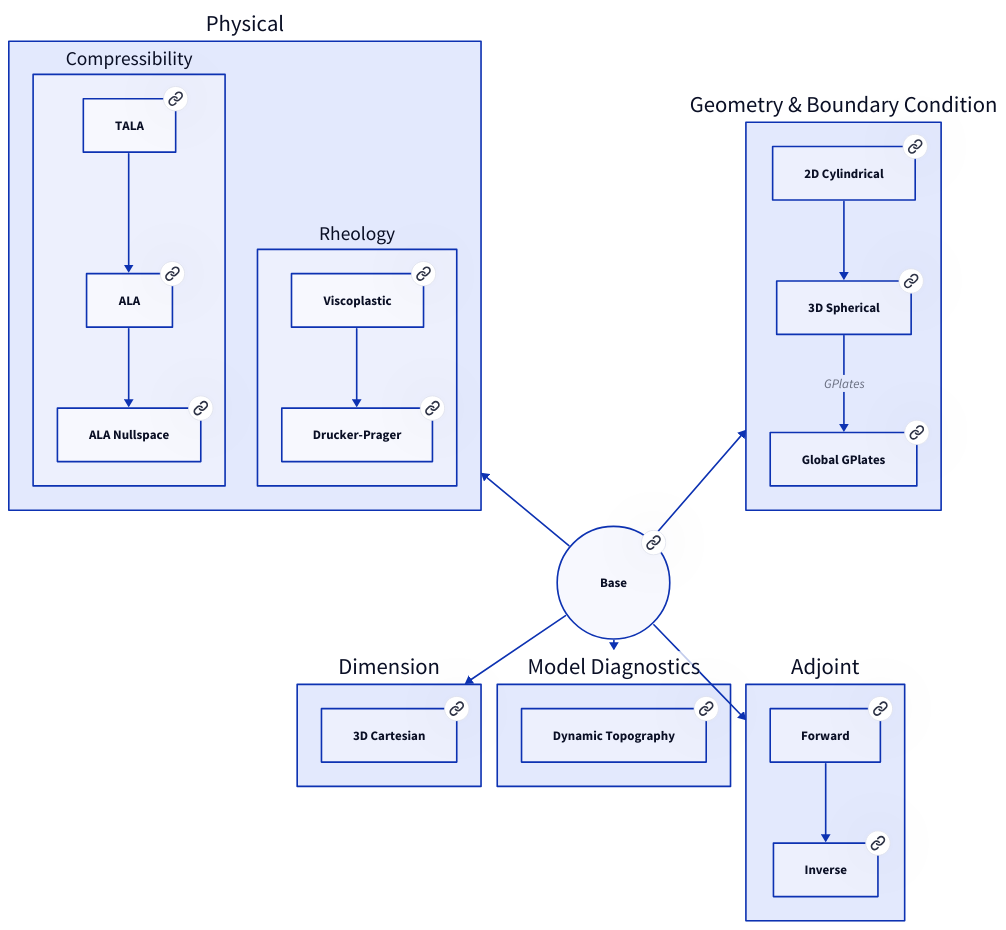
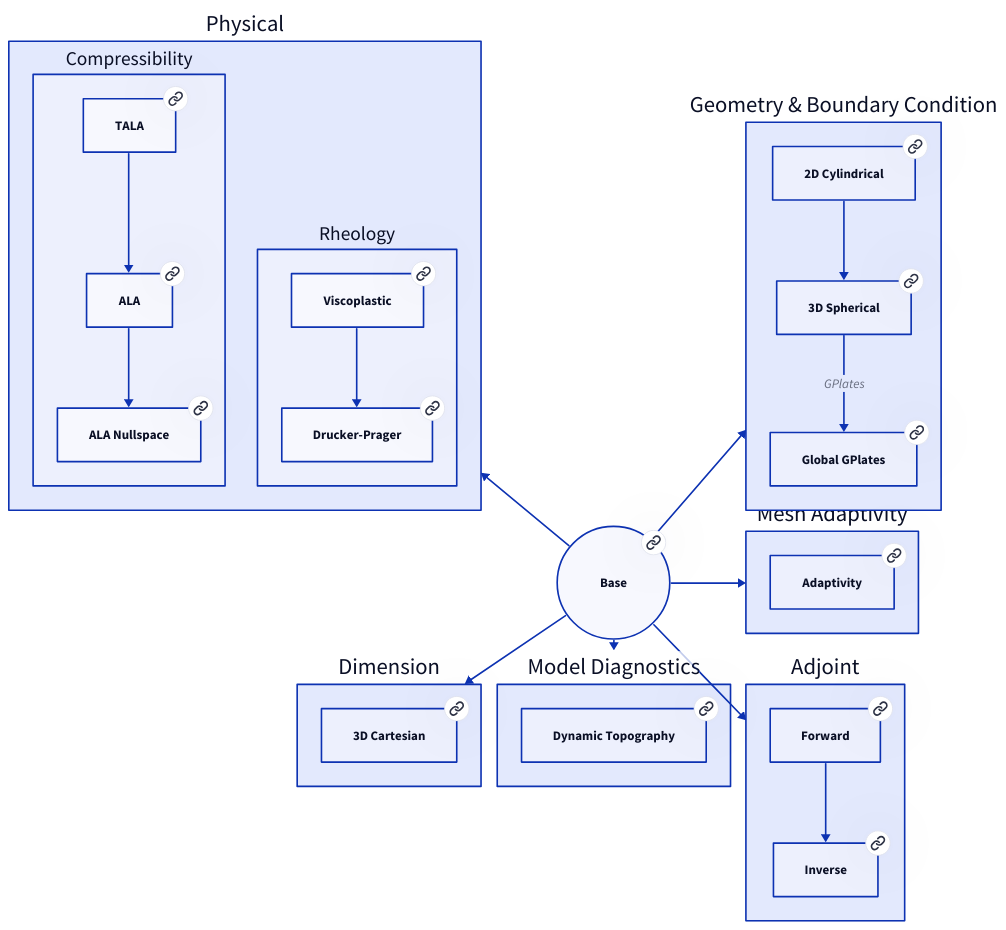
One commit to g-adopt/g-adopt changed the diagram in demos/mantle_convection/.diagram.d2. Above: the diagram before and after it, drawn with D2. The commit also changed 1 other file, not shown here.

Commit message:
Add adaptive base case to tutorial hierarchy
[skip tests]

```diff
--- a/demos/mantle_convection/.diagram.d2
+++ b/demos/mantle_convection/.diagram.d2
@@ -1,81 +1,89 @@
 base: Base {
   link: ./base_case
   shape: circle
 }
 
 physical: Physical {
   near: top-left
   compressibility: Compressibility {
     tala: TALA {
       link: ./2d_compressible_TALA
     }
     ala: ALA {
       link: ./2d_compressible_ALA
     }
     visualise_ala: ALA Nullspace {
       link: ./visualise_ALA_p_nullspace
     }
     tala -> ala -> visualise_ala
   }
 
   rheology: Rheology {
     viscoplastic: Viscoplastic {
       link: ./viscoplastic_case
     }
     drucker_prager: Drucker-Prager {
       link: ./Drucker_Prager
     }
 
 
     viscoplastic -> drucker_prager
   }
 
 }
 
 dimension: Dimension {
   near: bottom-left
   cartesian_3d: 3D Cartesian {
     link: ./3d_cartesian
   }
 }
 
 diagnostics: Model Diagnostics {
   near: bottom-center
   dynamic_topography: Dynamic Topography {
     link: ./dynamic_topography
   }
 }
 
+adaptivity: Mesh Adaptivity {
+  near: center-right
+  adaptivity: Adaptivity {
+    link: ./adaptive_base_case
+  }
+}
+
 geometry: Geometry & Boundary Condition {
   near: top-right
   cylindrical_2d: 2D Cylindrical {
     link: ./2d_cylindrical
   }
   spherical_3d: 3D Spherical {
     link: ./3d_spherical
   }
   gplates_global: Global GPlates {
     link: ./gplates_global
   }
 
   cylindrical_2d -> spherical_3d
   spherical_3d -> gplates_global: GPlates
 }
 
 adjoint: Adjoint {
   near: bottom-right
   adjoint_forward: Forward {
     link: ./adjoint_forward
   }
   inverse: Inverse {
     link: ./adjoint
   }
 
   adjoint_forward -> inverse
 }
 
 base -> physical
 base -> dimension
 base -> diagnostics
 base -> geometry
 base -> adjoint
+base -> adaptivity
```
